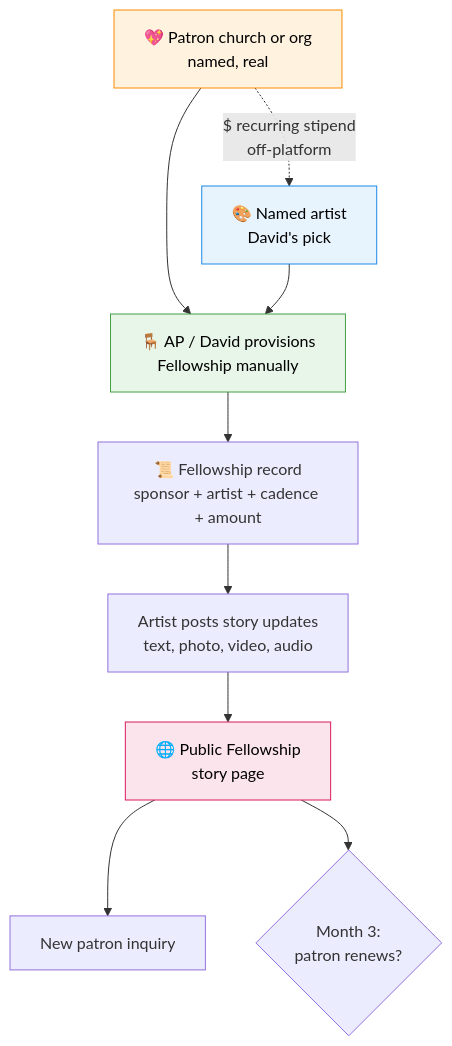
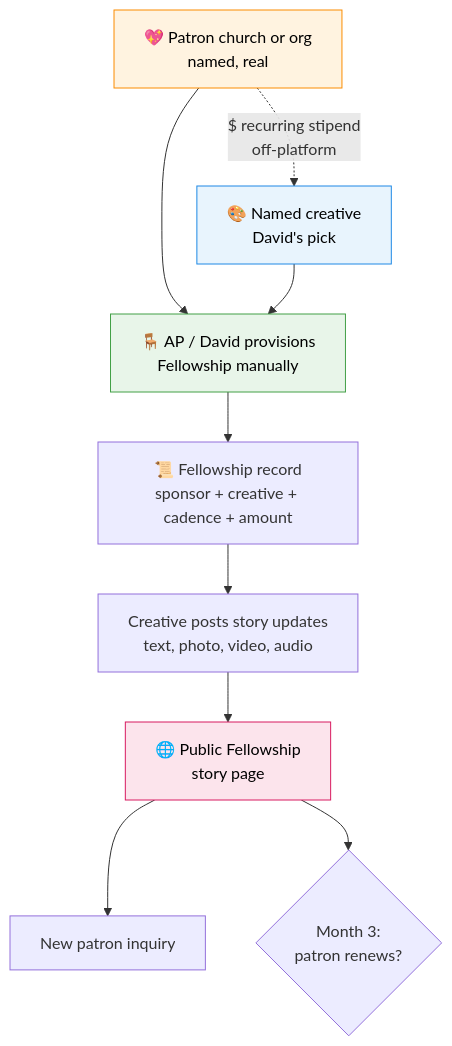
Before and after one commit to rockodragon/wonderwall: the first of 7 diagrams in docs/the-exchange-mvp.md, drawn with Mermaid. The commit also changed other lines of this file and 7 other files, not shown here.

````diff
--- a/docs/the-exchange-mvp.md
+++ b/docs/the-exchange-mvp.md
@@ -41,21 +43,21 @@
 ```mermaid
 flowchart TD
     classDef artist fill:#E8F4FD,stroke:#1E88E5,color:#000
     classDef sponsor fill:#FFF3E0,stroke:#FB8C00,color:#000
     classDef tableop fill:#E8F5E9,stroke:#43A047,color:#000
     classDef public fill:#FCE4EC,stroke:#D81B60,color:#000
 
     PATRON[💖 Patron church or org<br/>named, real]:::sponsor
-    ARTIST[🎨 Named artist<br/>David's pick]:::artist
+    ARTIST[🎨 Named creative<br/>David's pick]:::artist
     OP[🪑 AP / David provisions<br/>Fellowship manually]:::tableop
 
     PATRON --> OP
     ARTIST --> OP
-    OP --> F[📜 Fellowship record<br/>sponsor + artist + cadence + amount]
-    F --> STORY[Artist posts story updates<br/>text, photo, video, audio]
+    OP --> F[📜 Fellowship record<br/>sponsor + creative + cadence + amount]
+    F --> STORY[Creative posts story updates<br/>text, photo, video, audio]
     STORY --> PUB[🌐 Public Fellowship<br/>story page]:::public
     PUB --> INBOUND[New patron inquiry]
     PUB --> RENEW{Month 3:<br/>patron renews?}
 
     PATRON -. "$ recurring stipend<br/>off-platform" .-> ARTIST
 ```
````
